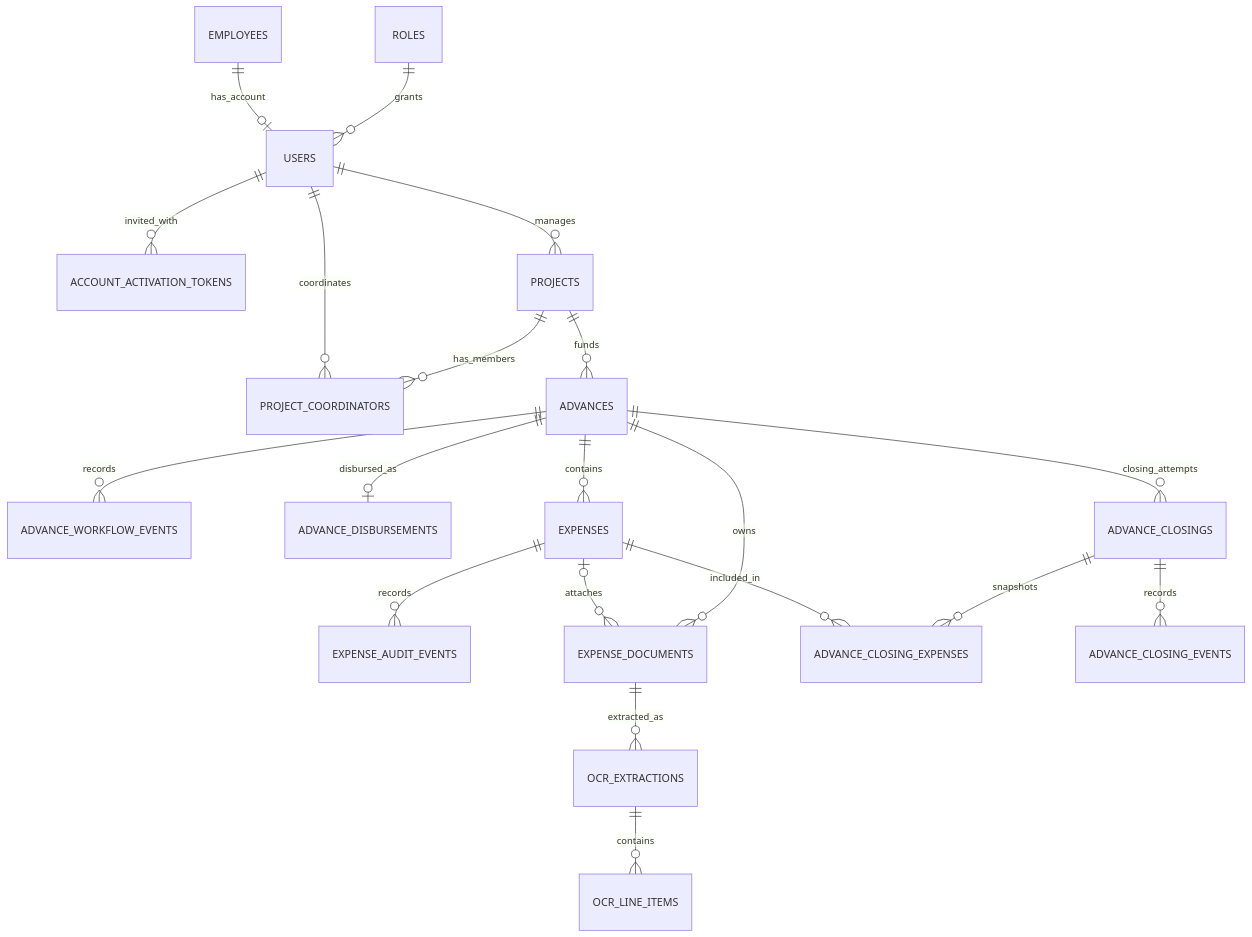
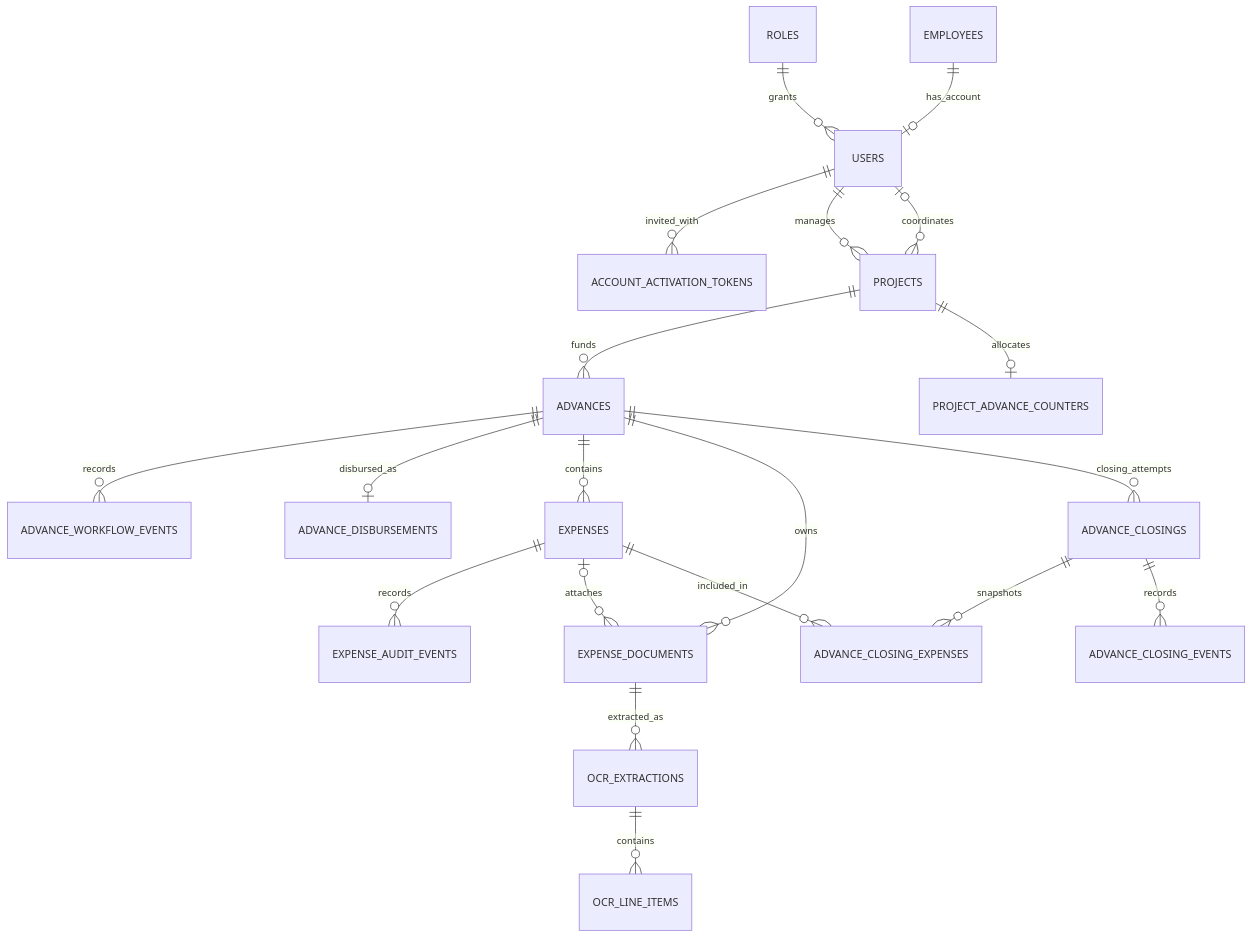
One commit to ERBM-Capstone/ERBM-backend changed the second of 2 diagrams in docs/migration-plans/erbm-database-plan.md. Above: the diagram before and after it, drawn with Mermaid. The commit also changed other lines of this file and 22 other files, not shown here.

````diff
--- a/docs/migration-plans/erbm-database-plan.md
+++ b/docs/migration-plans/erbm-database-plan.md
@@ -146,22 +151,22 @@
 ```mermaid
 erDiagram
     ROLES ||--o{ USERS : grants
     EMPLOYEES ||--o| USERS : has_account
     USERS ||--o{ ACCOUNT_ACTIVATION_TOKENS : invited_with
     USERS ||--o{ PROJECTS : manages
-    PROJECTS ||--o{ PROJECT_COORDINATORS : has_members
-    USERS ||--o{ PROJECT_COORDINATORS : coordinates
+    USERS o|--o{ PROJECTS : coordinates
     PROJECTS ||--o{ ADVANCES : funds
+    PROJECTS ||--o| PROJECT_ADVANCE_COUNTERS : allocates
     ADVANCES ||--o{ ADVANCE_WORKFLOW_EVENTS : records
     ADVANCES ||--o| ADVANCE_DISBURSEMENTS : disbursed_as
     ADVANCES ||--o{ EXPENSES : contains
     EXPENSES ||--o{ EXPENSE_AUDIT_EVENTS : records
     ADVANCES ||--o{ EXPENSE_DOCUMENTS : owns
     EXPENSES o|--o{ EXPENSE_DOCUMENTS : attaches
     EXPENSE_DOCUMENTS ||--o{ OCR_EXTRACTIONS : extracted_as
     OCR_EXTRACTIONS ||--o{ OCR_LINE_ITEMS : contains
     ADVANCES ||--o{ ADVANCE_CLOSINGS : closing_attempts
     ADVANCE_CLOSINGS ||--o{ ADVANCE_CLOSING_EXPENSES : snapshots
     EXPENSES ||--o{ ADVANCE_CLOSING_EXPENSES : included_in
     ADVANCE_CLOSINGS ||--o{ ADVANCE_CLOSING_EVENTS : records
 ```
````
